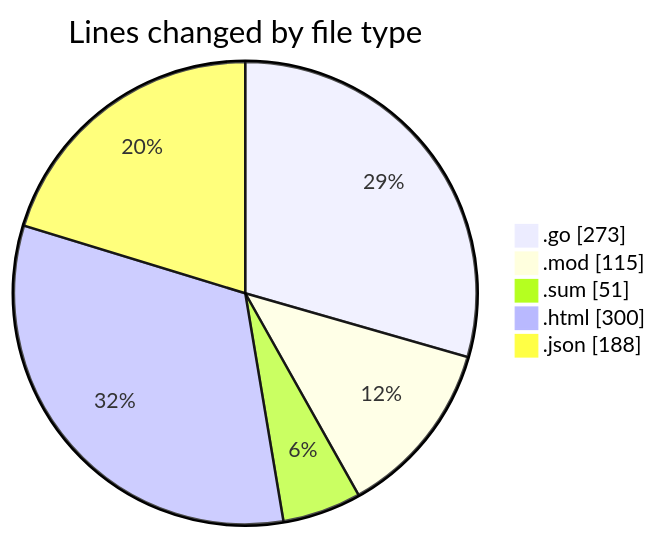
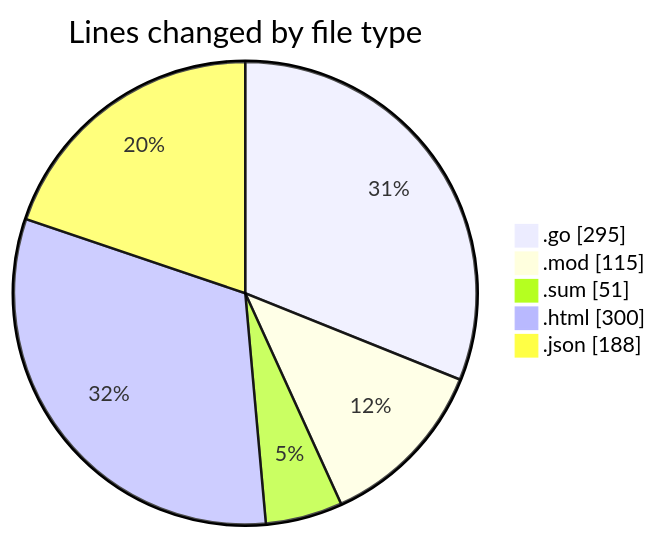
One commit to Ritupan-Deka/code-tracking changed the first of 2 diagrams in 2025-11-01/backend/README.md. Above: the diagram before and after it, drawn with Mermaid. The commit also changed other lines of this file and 1 other file, not shown here.

````diff
--- a/2025-11-01/backend/README.md
+++ b/2025-11-01/backend/README.md
@@ -30,9 +30,9 @@
 ```mermaid
 pie showData
 title Lines changed by file type
-".go" : 273
+".go" : 295
 ".mod" : 115
 ".sum" : 51
 ".html" : 300
 ".json" : 188
 ```
````
